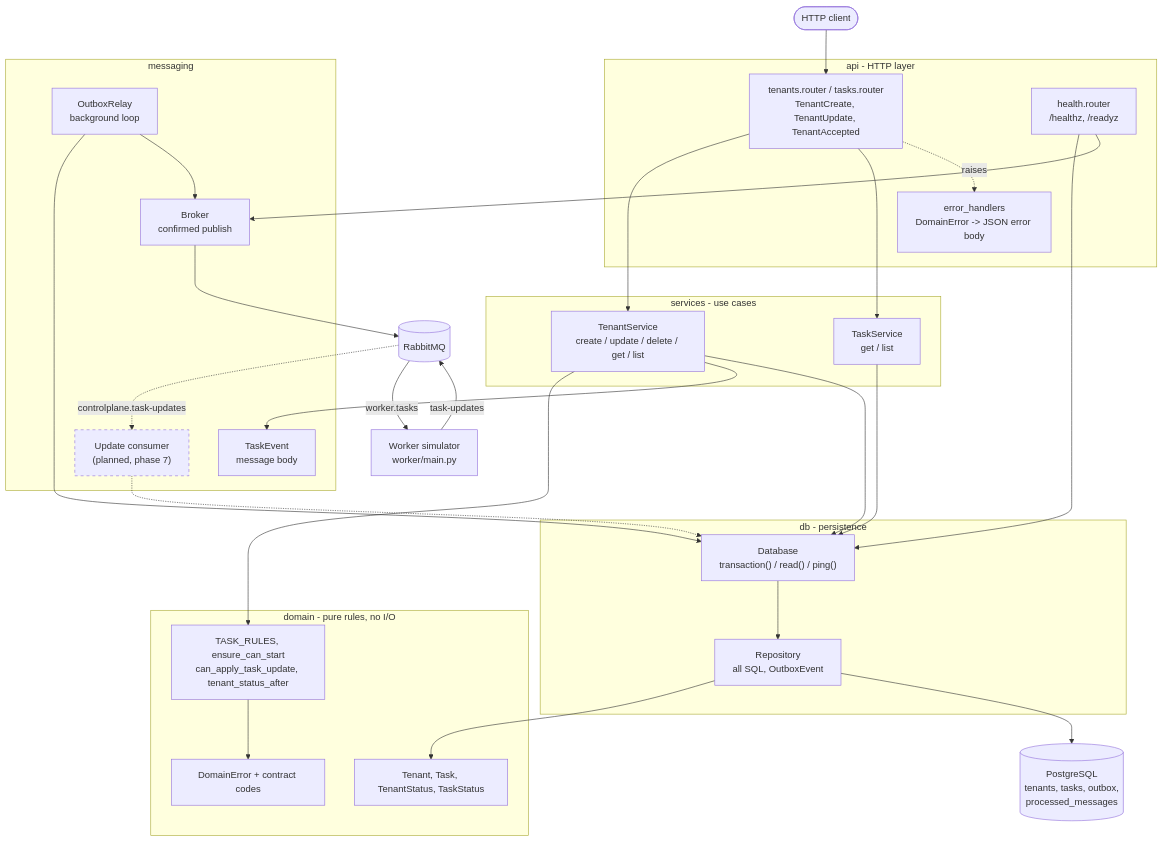
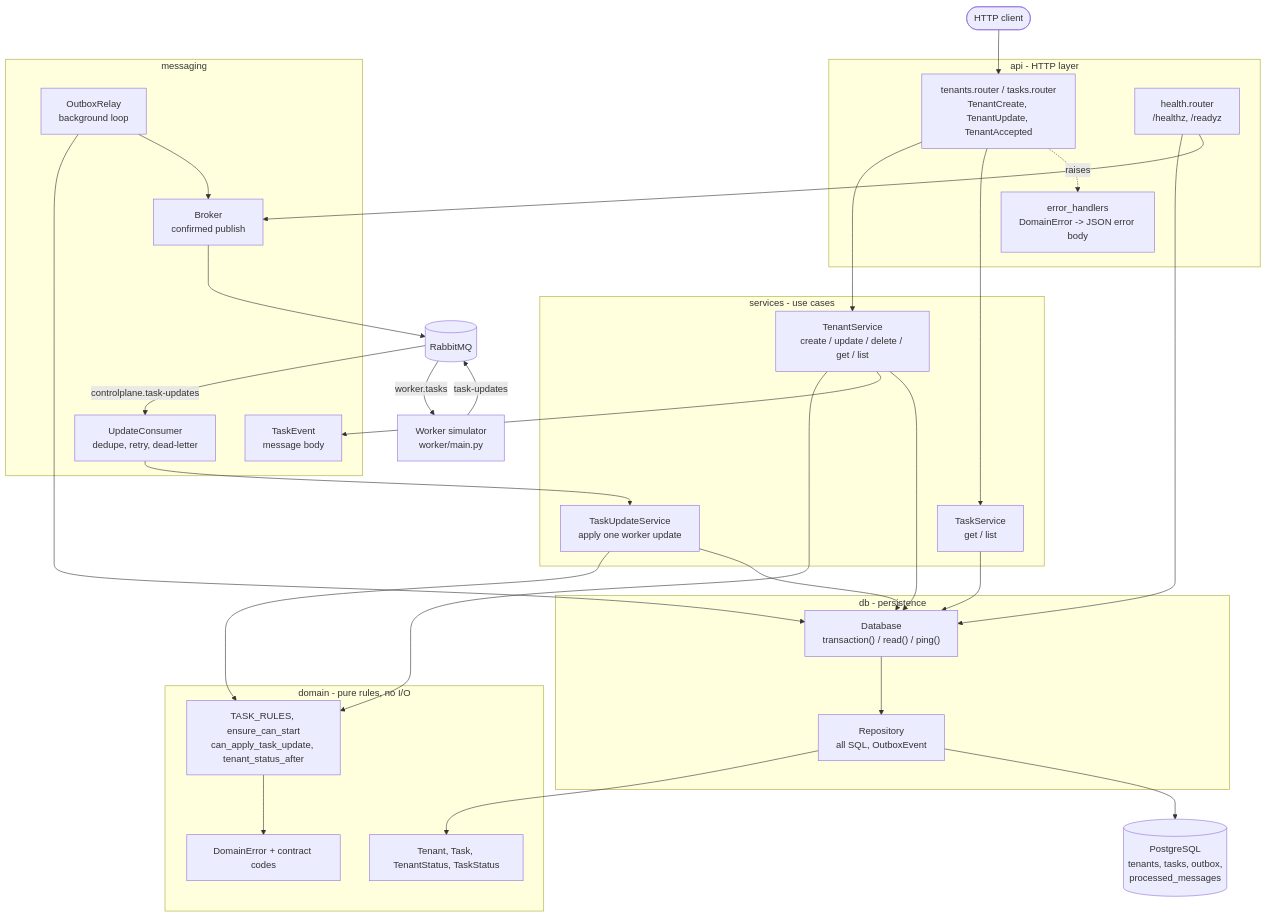
One commit to aarushisinghalfde/tenant-control-plane changed the first of 2 diagrams in docs/architecture.md. Above: the diagram before and after it, drawn with Mermaid. The commit also changed other lines of this file and 12 other files, not shown here.

First line of the commit message:
feat(messaging): idempotent, order-tolerant consumer for worker updates

````diff
--- a/docs/architecture.md
+++ b/docs/architecture.md
@@ -11,62 +11,62 @@
 ```mermaid
 flowchart TD
     client([HTTP client])
 
     subgraph api["api - HTTP layer"]
         routes["tenants.router / tasks.router<br/>TenantCreate, TenantUpdate, TenantAccepted"]
         handlers["error_handlers<br/>DomainError -> JSON error body"]
         health["health.router<br/>/healthz, /readyz"]
     end
 
     subgraph services["services - use cases"]
         tenant_service["TenantService<br/>create / update / delete / get / list"]
         task_service["TaskService<br/>get / list"]
+        update_service["TaskUpdateService<br/>apply one worker update"]
     end
 
     subgraph domain["domain - pure rules, no I/O"]
         rules["TASK_RULES, ensure_can_start<br/>can_apply_task_update, tenant_status_after"]
         models["Tenant, Task, TenantStatus, TaskStatus"]
         errors["DomainError + contract codes"]
     end
 
     subgraph db["db - persistence"]
         database["Database<br/>transaction() / read() / ping()"]
         repository["Repository<br/>all SQL, OutboxEvent"]
     end
 
     subgraph messaging["messaging"]
         event["TaskEvent<br/>message body"]
         relay["OutboxRelay<br/>background loop"]
         broker["Broker<br/>confirmed publish"]
-        consumer["Update consumer<br/>(planned, phase 7)"]
+        consumer["UpdateConsumer<br/>dedupe, retry, dead-letter"]
     end
 
     postgres[(PostgreSQL<br/>tenants, tasks, outbox,<br/>processed_messages)]
     rabbitmq[(RabbitMQ)]
     worker["Worker simulator<br/>worker/main.py"]
 
     client --> routes
     routes --> tenant_service
     routes --> task_service
     routes -.->|raises| handlers
     tenant_service --> rules
     tenant_service --> event
     tenant_service --> database
     task_service --> database
     database --> repository
     repository --> models
     repository --> postgres
     rules --> errors
     relay --> database
     relay --> broker
     broker --> rabbitmq
     health --> database
     health --> broker
     rabbitmq -->|worker.tasks| worker
     worker -->|task-updates| rabbitmq
-    rabbitmq -.->|controlplane.task-updates| consumer
-    consumer -.-> database
-
-    classDef planned stroke-dasharray: 5 5
-    class consumer planned
+    rabbitmq -->|controlplane.task-updates| consumer
+    consumer --> update_service
+    update_service --> rules
+    update_service --> database
 ```
````
